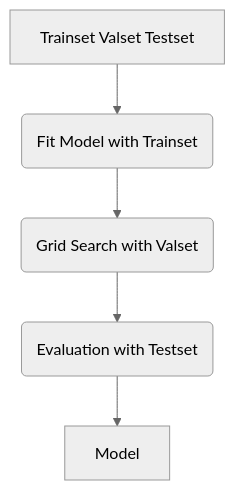
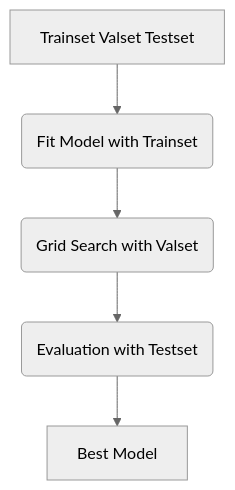
The third of 4 diagrams in README.md (JamieDuane/WordRecaser), drawn with Mermaid (neutral theme) before and after one commit. The commit also changed other lines of this file, not shown here.

````diff
--- a/README.md
+++ b/README.md
@@ -96,7 +96,7 @@
 ```mermaid
 flowchart TD;
     A[Trainset Valset Testset]-->B(Fit Model with Trainset);
     B-->C(Grid Search with Valset);
     C-->D(Evaluation with Testset);
-    D-->E[Model];
+    D-->E[Best Model];
 ```
````
